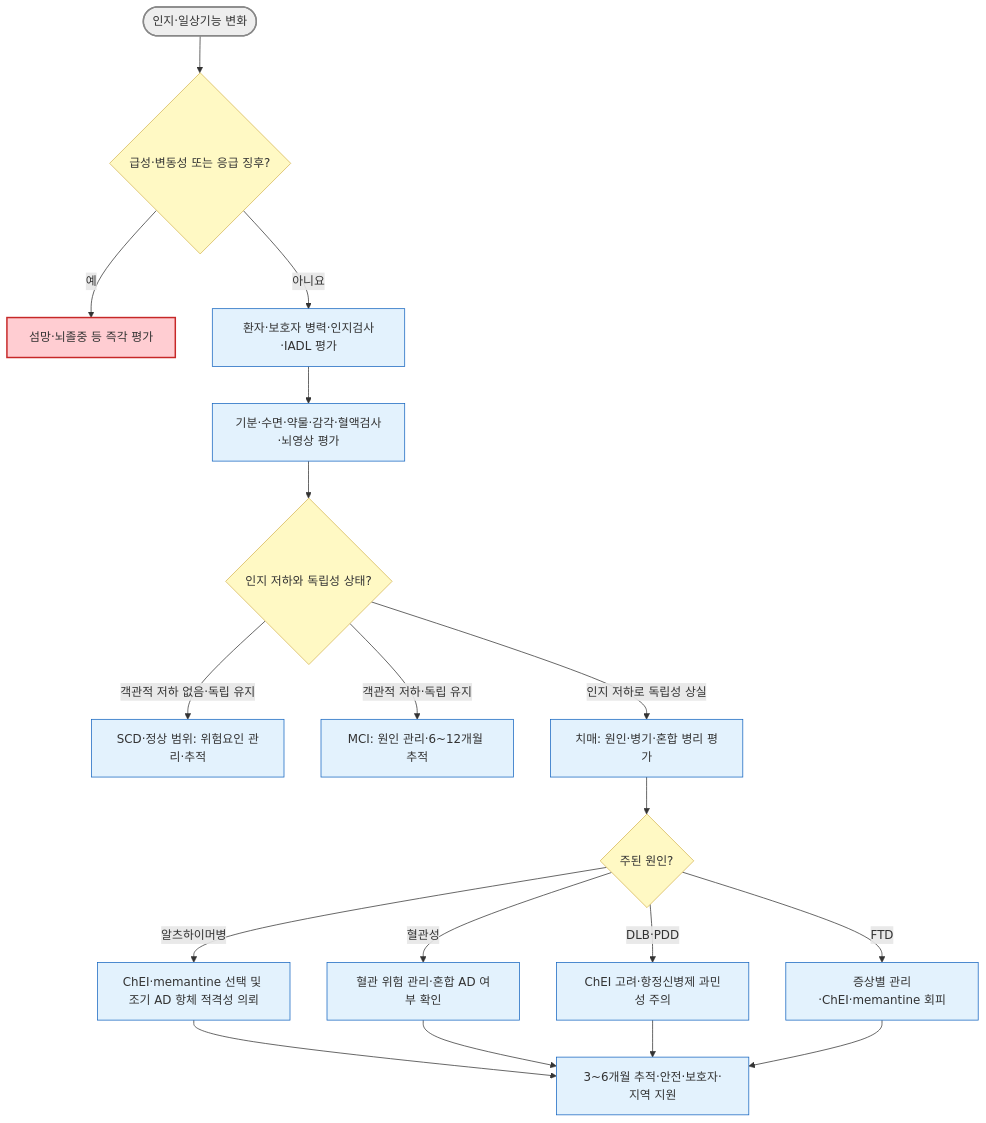
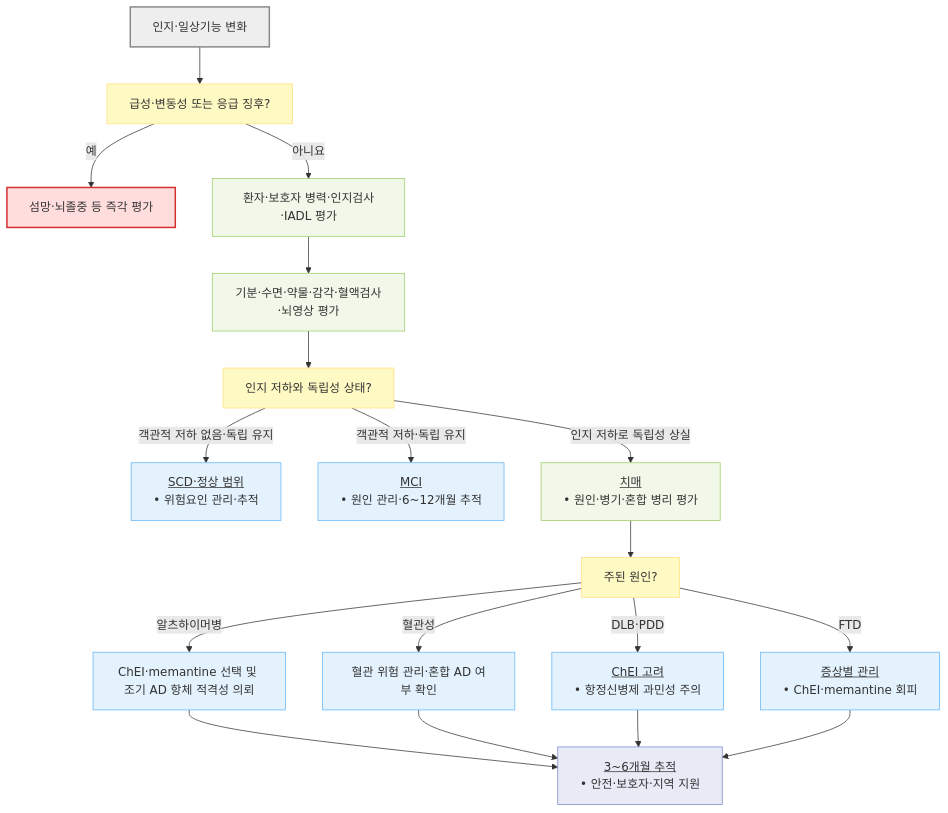
The diagram in 221_/033_-dementia.md (familyoh77/familyoh77), drawn with Mermaid before and after one commit. The commit also changed 17 other files, not shown here.

````diff
--- a/221_/033_-dementia.md
+++ b/221_/033_-dementia.md
@@ -457,28 +457,33 @@
 ```mermaid
 flowchart TD
-    A(["인지·일상기능 변화"]) --> B{"급성·변동성 또는 응급 징후?"}
+    A["인지·일상기능 변화"] --> B["급성·변동성 또는 응급 징후?"]
     B -- "예" --> C["섬망·뇌졸중 등 즉각 평가"]
     B -- "아니요" --> D["환자·보호자 병력·인지검사·IADL 평가"]
     D --> E["기분·수면·약물·감각·혈액검사·뇌영상 평가"]
-    E --> F{"인지 저하와 독립성 상태?"}
-    F -- "객관적 저하 없음·독립 유지" --> S["SCD·정상 범위: 위험요인 관리·추적"]
-    F -- "객관적 저하·독립 유지" --> M["MCI: 원인 관리·6~12개월 추적"]
-    F -- "인지 저하로 독립성 상실" --> T["치매: 원인·병기·혼합 병리 평가"]
-    T --> Q{"주된 원인?"}
+    E --> F["인지 저하와 독립성 상태?"]
+    F -- "객관적 저하 없음·독립 유지" --> S["<u>SCD·정상 범위</u><br/>• 위험요인 관리·추적"]
+    F -- "객관적 저하·독립 유지" --> M["<u>MCI</u><br/>• 원인 관리·6~12개월 추적"]
+    F -- "인지 저하로 독립성 상실" --> T["<u>치매</u><br/>• 원인·병기·혼합 병리 평가"]
+    T --> Q["주된 원인?"]
     Q -- "알츠하이머병" --> AD["ChEI·memantine 선택 및 조기 AD 항체 적격성 의뢰"]
     Q -- "혈관성" --> V["혈관 위험 관리·혼합 AD 여부 확인"]
-    Q -- "DLB·PDD" --> L["ChEI 고려·항정신병제 과민성 주의"]
-    Q -- "FTD" --> FT["증상별 관리·ChEI·memantine 회피"]
-    AD --> U["3~6개월 추적·안전·보호자·지역 지원"]
+    Q -- "DLB·PDD" --> L["<u>ChEI 고려</u><br/>• 항정신병제 과민성 주의"]
+    Q -- "FTD" --> FT["<u>증상별 관리</u><br/>• ChEI·memantine 회피"]
+    AD --> U["<u>3~6개월 추적</u><br/>• 안전·보호자·지역 지원"]
     V --> U
     L --> U
     FT --> U
-    classDef start fill:#eee,stroke:#888,stroke-width:2px
-    classDef decision fill:#fff9c4,stroke:#d6b656
-    classDef emergency fill:#ffcdd2,stroke:#c62828,stroke-width:2px
-    classDef treatment fill:#e3f2fd,stroke:#1565c0
+
+    classDef start fill:#eeeeee,stroke:#888888,stroke-width:2px
+    classDef question fill:#fff9c4,stroke:#ffe082
+    classDef emergency fill:#ffdddd,stroke:#d32f2f,stroke-width:2px
+    classDef evaluation fill:#f1f8e9,stroke:#9ccc65
+    classDef treatment fill:#e3f2fd,stroke:#64b5f6
+    classDef followup fill:#e8eaf6,stroke:#7986cb
     class A start
-    class B,F,Q decision
+    class B,F,Q question
     class C emergency
-    class D,E,S,M,T,AD,V,L,FT,U treatment
+    class D,E,T evaluation
+    class S,M,AD,V,L,FT treatment
+    class U followup
 ```
````
